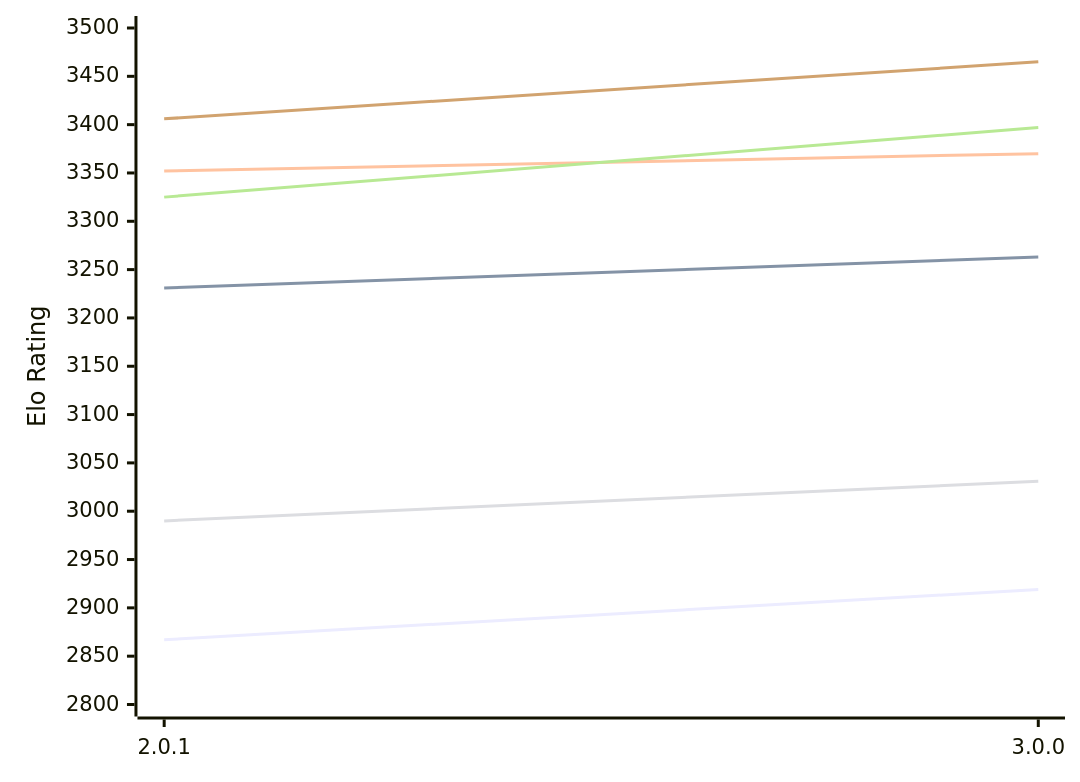
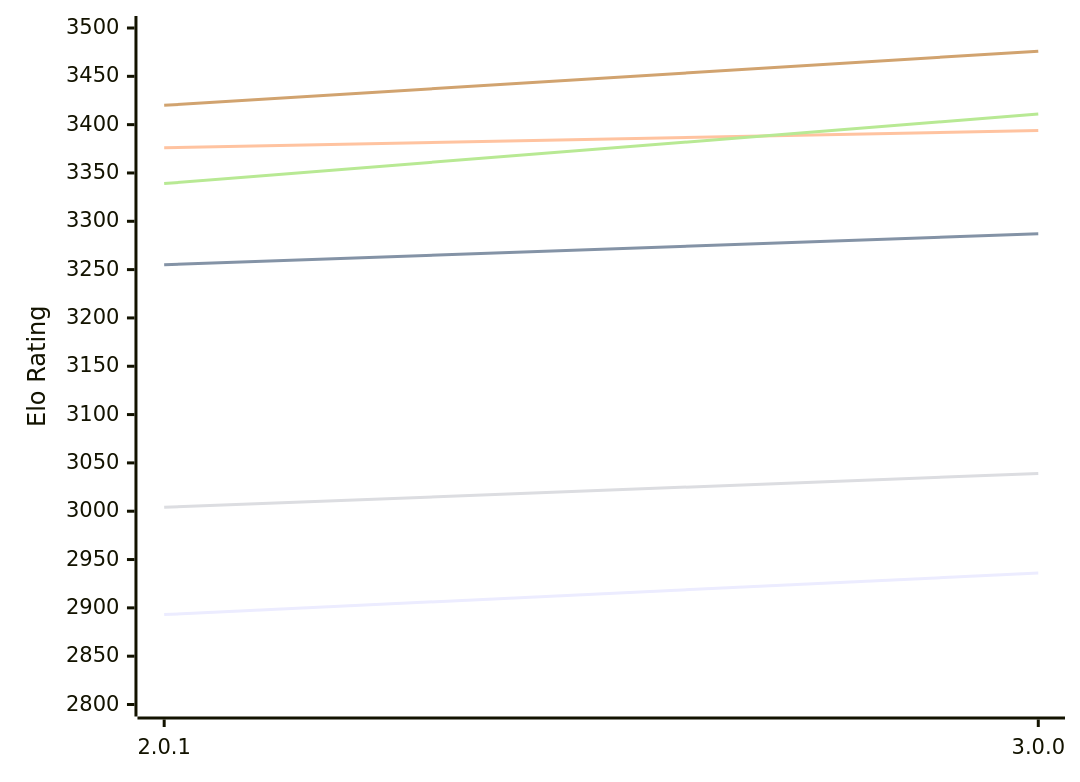
The first of 2 diagrams in engines/Grail.md (computer-chess-index/cci), drawn with Mermaid before and after one commit. The commit also changed other lines of this file, not shown here.

Commit message:
Update CCI Ratings (ELO VLTC) - 2026-10-24

````diff
--- a/engines/Grail.md
+++ b/engines/Grail.md
@@ -56,12 +56,12 @@
 ```mermaid
 %%{init: {"theme":"base","themeVariables":{"seriesColors:['#a3a3a3','#222221','#faa371']}}}%%
 xychart-beta
   x-axis ["2.0.1", "3.0.0"]
   y-axis "Elo Rating" 2800 --> 3500
-  line "E1: STC (8.0+0.08s)" [2867, 2919]
-  line "E1: LTC (60.0+0.60s)" [3231, 3263]
-  line "E1: VLTC (2m24s+1.12s)" [3352, 3370]
-  line "P1: STC (8.0+0.08s)" [2990, 3031]
-  line "P1: LTC (60.0+0.60s)" [3325, 3397]
-  line "P1: VLTC (2m24s+1.12s)" [3406, 3465]
+  line "E1: STC (8.0+0.08s)" [2893, 2936]
+  line "E1: LTC (60.0+0.60s)" [3255, 3287]
+  line "E1: VLTC (2m24s+1.12s)" [3376, 3394]
+  line "P1: STC (8.0+0.08s)" [3004, 3039]
+  line "P1: LTC (60.0+0.60s)" [3339, 3411]
+  line "P1: VLTC (2m24s+1.12s)" [3420, 3476]
 ```
````
